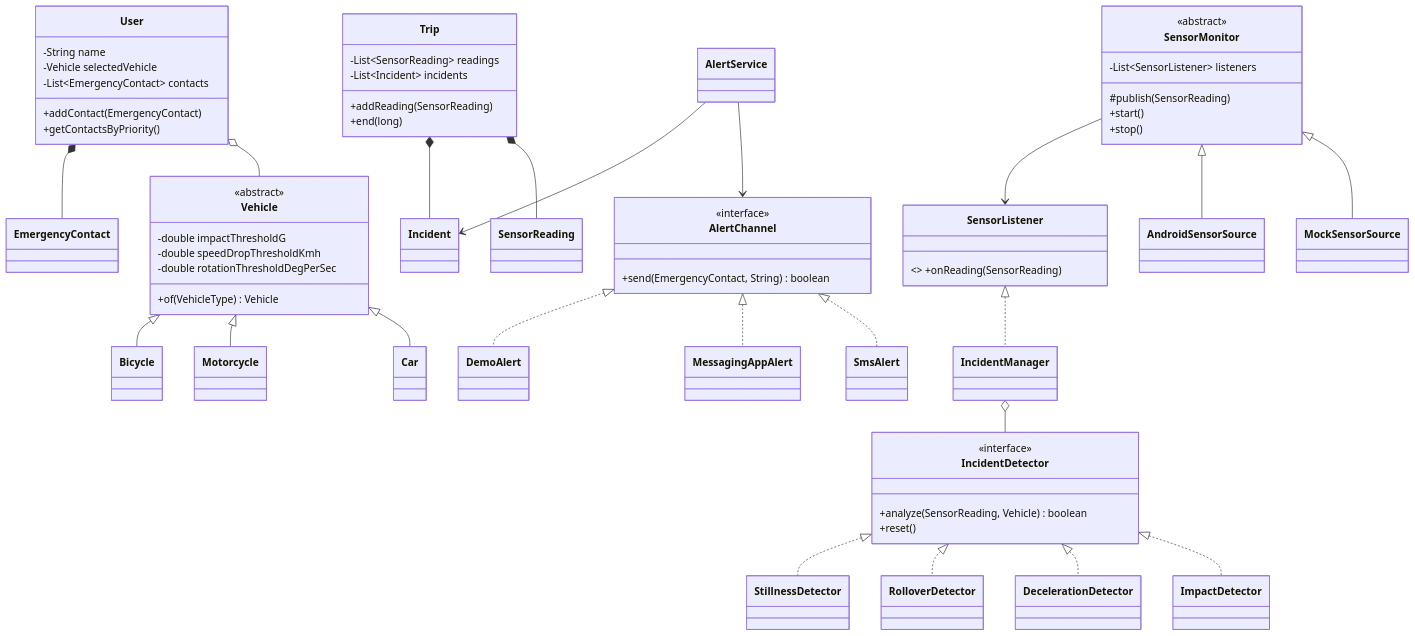
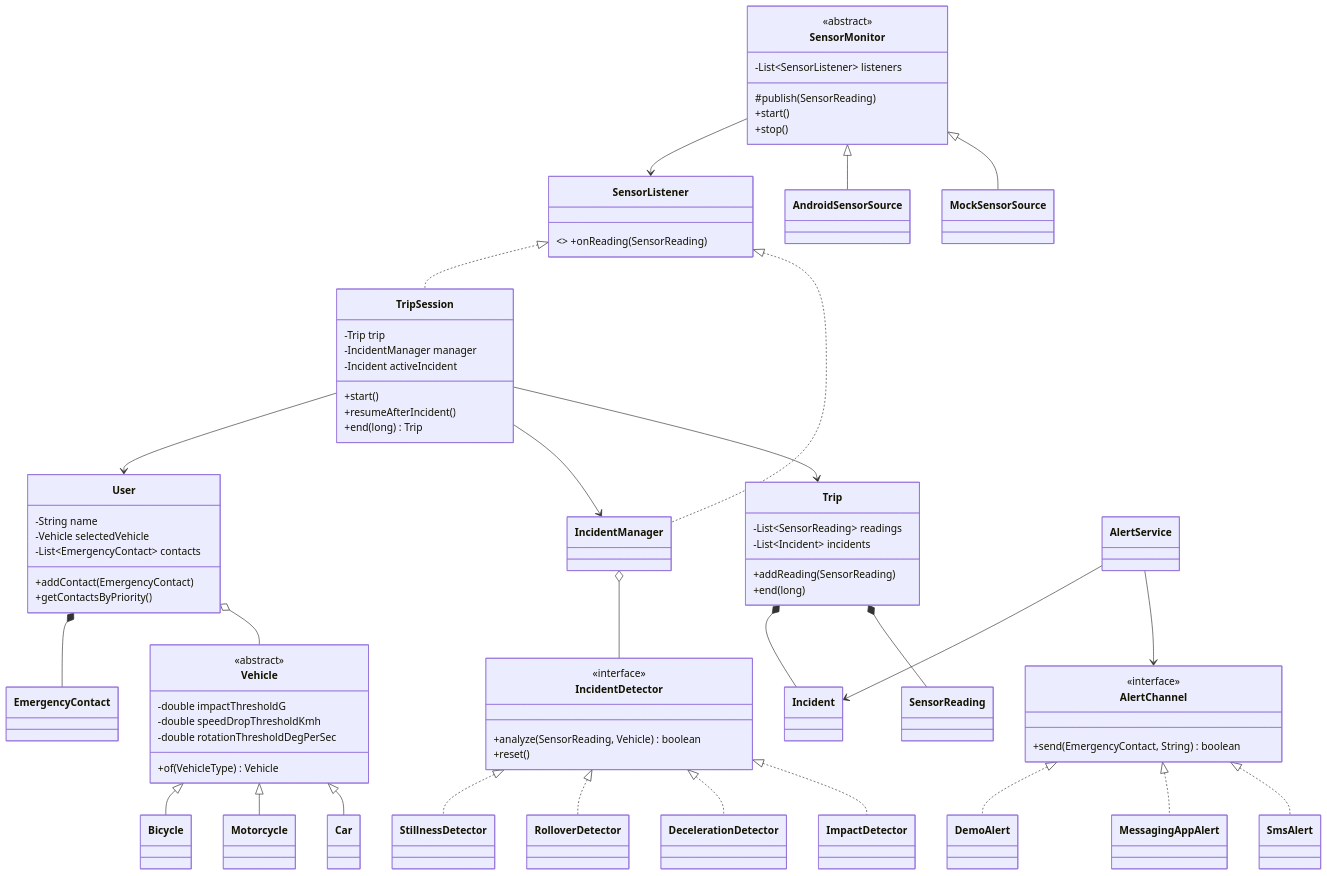
Before and after one commit to chequinato/project-guard: the diagram in docs/architecture.md, drawn with Mermaid. The commit also changed other lines of this file and 69 other files, not shown here.

````diff
--- a/docs/architecture.md
+++ b/docs/architecture.md
@@ -26,67 +41,80 @@
 ```mermaid
 classDiagram
     class Vehicle {
         <<abstract>>
         -double impactThresholdG
         -double speedDropThresholdKmh
         -double rotationThresholdDegPerSec
         +of(VehicleType) Vehicle
     }
     Vehicle <|-- Car
     Vehicle <|-- Motorcycle
     Vehicle <|-- Bicycle
 
     class User {
         -String name
         -Vehicle selectedVehicle
         -List~EmergencyContact~ contacts
         +addContact(EmergencyContact)
         +getContactsByPriority()
     }
     User o-- Vehicle
     User *-- EmergencyContact
 
     class Trip {
         -List~SensorReading~ readings
         -List~Incident~ incidents
         +addReading(SensorReading)
         +end(long)
     }
     Trip *-- SensorReading
     Trip *-- Incident
 
     class SensorMonitor {
         <<abstract>>
         -List~SensorListener~ listeners
         #publish(SensorReading)
         +start()
         +stop()
     }
     SensorMonitor <|-- MockSensorSource
     SensorMonitor <|-- AndroidSensorSource
     SensorMonitor --> SensorListener
 
     class SensorListener { <<interface>> +onReading(SensorReading) }
     SensorListener <|.. IncidentManager
+    SensorListener <|.. TripSession
+
+    class TripSession {
+        -Trip trip
+        -IncidentManager manager
+        -Incident activeIncident
+        +start()
+        +resumeAfterIncident()
+        +end(long) Trip
+    }
+    TripSession --> Trip
+    TripSession --> IncidentManager
+    TripSession --> User
 
     class IncidentDetector {
         <<interface>>
         +analyze(SensorReading, Vehicle) boolean
         +reset()
     }
     IncidentDetector <|.. ImpactDetector
     IncidentDetector <|.. DecelerationDetector
     IncidentDetector <|.. RolloverDetector
     IncidentDetector <|.. StillnessDetector
     IncidentManager o-- IncidentDetector
 
     class AlertChannel {
         <<interface>>
         +send(EmergencyContact, String) boolean
     }
     AlertChannel <|.. SmsAlert
     AlertChannel <|.. MessagingAppAlert
     AlertChannel <|.. DemoAlert
     AlertService --> AlertChannel
     AlertService --> Incident
 ```
````
